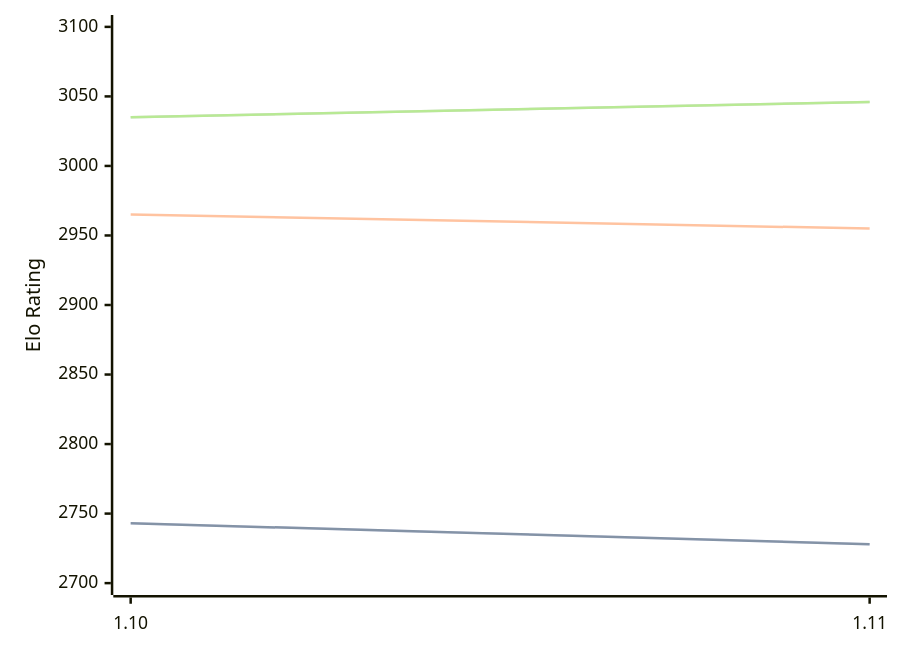
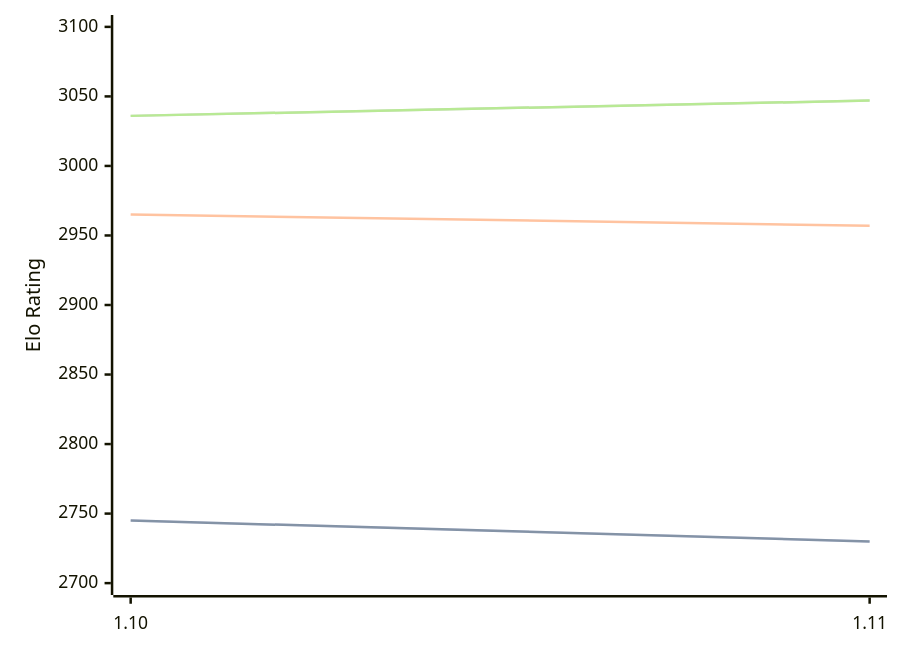
Before and after one commit to computer-chess-index/cci: the diagram in engines/Roc.md, drawn with Mermaid. The commit also changed other lines of this file, not shown here.

Commit message:
Update CCI Ratings (ELO VLTC) - 2026-10-08

````diff
--- a/engines/Roc.md
+++ b/engines/Roc.md
@@ -42,11 +42,11 @@
 ```mermaid
 %%{init: {"theme":"base","themeVariables":{"seriesColors:['#a3a3a3','#222221','#faa371']}}}%%
 xychart-beta
   x-axis ["1.10", "1.11"]
   y-axis "Elo Rating" 2700 --> 3100
-  line "" [2743, 2728]
-  line "STC (8.0+0.08s)" [2743, 2728]
-  line "LTC (60.0+0.60s)" [2965, 2955]
-  line "" [3035, 3046]
-  line "VLTC (2m24s+1.12s)" [3035, 3046]
+  line "" [2745, 2730]
+  line "STC (8.0+0.08s)" [2745, 2730]
+  line "LTC (60.0+0.60s)" [2965, 2957]
+  line "" [3036, 3047]
+  line "VLTC (2m24s+1.12s)" [3036, 3047]
 ```
````
